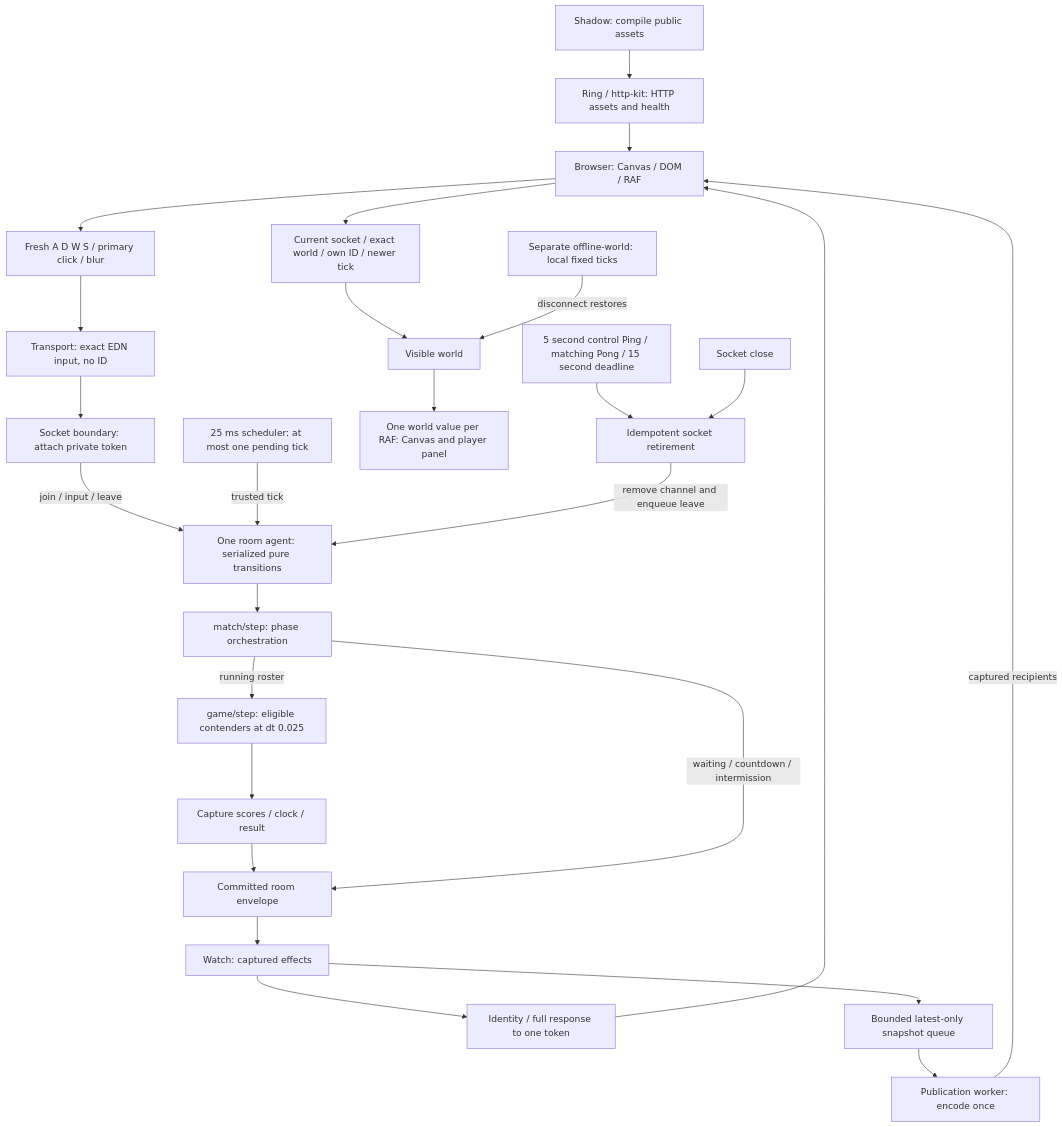
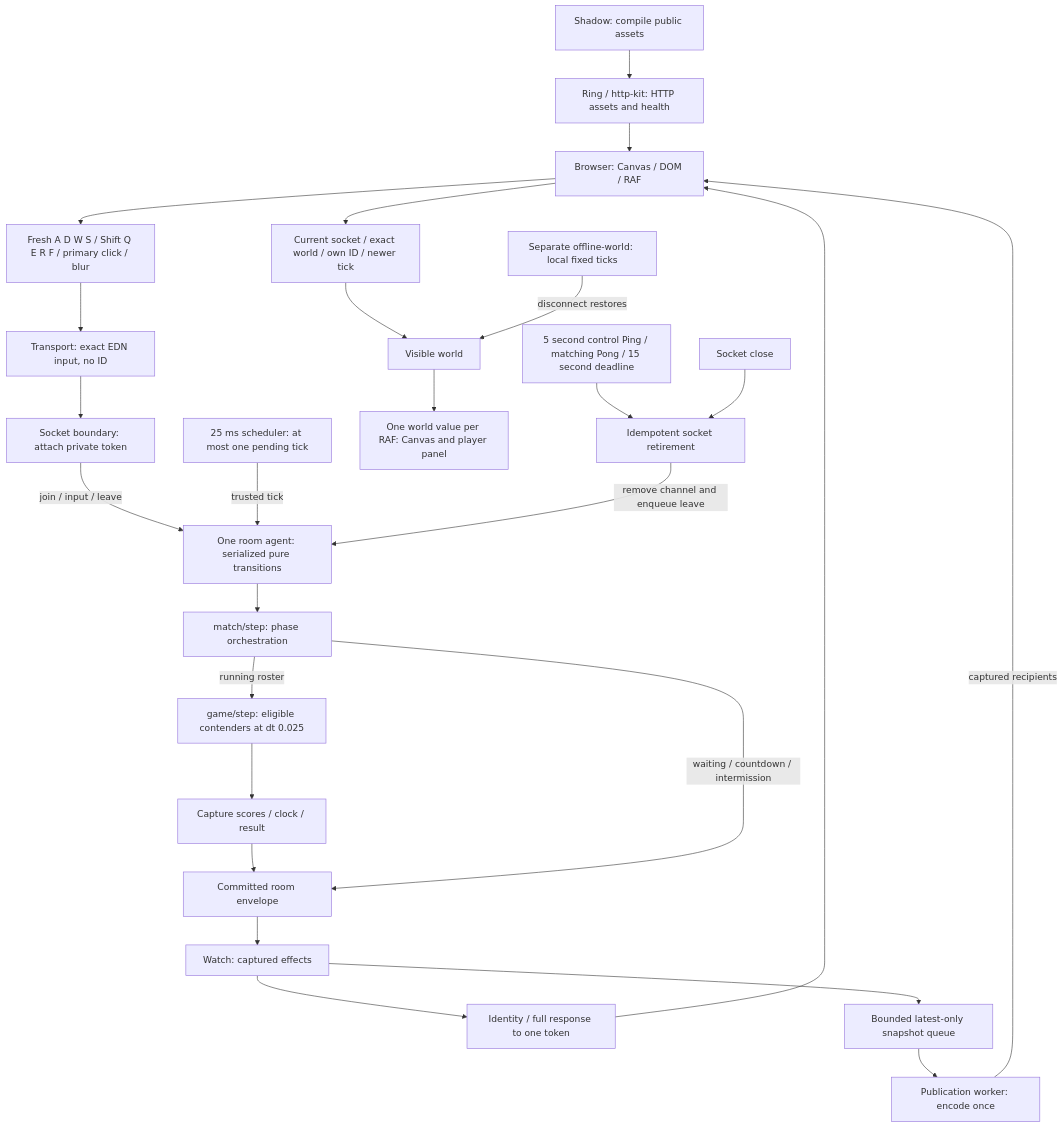
The diagram in docs/architecture.md (nowuX/clojure-arena), drawn with Mermaid before and after one commit. The commit also changed 21 other files, not shown here.

````diff
--- a/docs/architecture.md
+++ b/docs/architecture.md
@@ -12,28 +12,28 @@
 ```mermaid
 flowchart TD
     Build[Shadow: compile public assets] --> HTTP[Ring / http-kit: HTTP assets and health]
     HTTP --> Browser[Browser: Canvas / DOM / RAF]
-    Browser --> Events[Fresh A D W S / primary click / blur]
+    Browser --> Events[Fresh A D W S / Shift Q E R F / primary click / blur]
     Events --> Transport[Transport: exact EDN input, no ID]
     Transport --> Socket[Socket boundary: attach private token]
     Socket -->|join / input / leave| Agent[One room agent: serialized pure transitions]
     Tick[25 ms scheduler: at most one pending tick] -->|trusted tick| Agent
     Agent --> Match[match/step: phase orchestration]
     Match -->|running roster| Step[game/step: eligible contenders at dt 0.025]
     Step --> Resolve[Capture scores / clock / result]
     Resolve --> Commit[Committed room envelope]
     Match -->|waiting / countdown / intermission| Commit
     Commit --> Watch[Watch: captured effects]
     Watch --> Identity[Identity / full response to one token]
     Identity --> Browser
     Watch --> Queue[Bounded latest-only snapshot queue]
     Queue --> Worker[Publication worker: encode once]
     Worker -->|captured recipients| Browser
     Browser --> Validate[Current socket / exact world / own ID / newer tick]
     Validate --> Visible[Visible world]
     Visible --> Frame[One world value per RAF: Canvas and player panel]
     Heartbeat[5 second control Ping / matching Pong / 15 second deadline] --> Retire[Idempotent socket retirement]
     Close[Socket close] --> Retire
     Retire -->|remove channel and enqueue leave| Agent
     Offline[Separate offline-world: local fixed ticks] -->|disconnect restores| Visible
 ```
````
